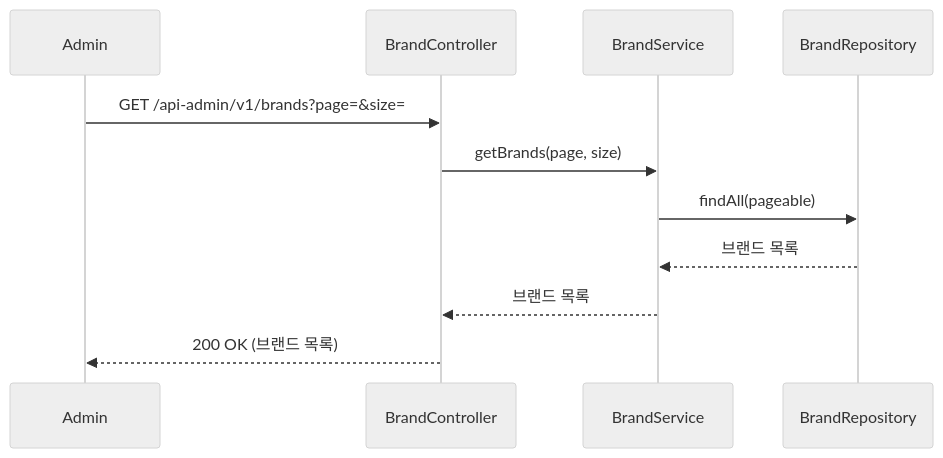
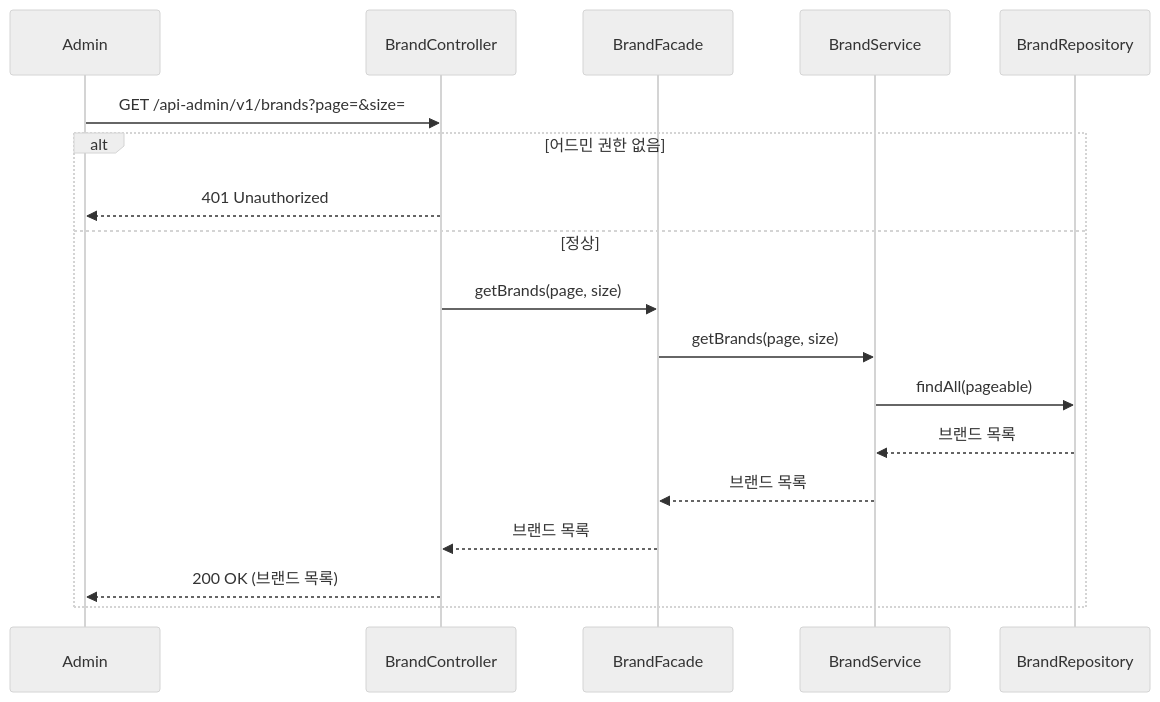
Before and after one commit to loopers-labs/loop-pack-be-l2-vol4-java: the sixth of 33 diagrams in .docs/design/sequence-diagrams.md, drawn with Mermaid (neutral theme). The commit also changed other lines of this file, not shown here.

Commit message:
fix: 시퀀스 다이어그램 파사드 추가

````diff
--- a/.docs/design/sequence-diagrams.md
+++ b/.docs/design/sequence-diagrams.md
@@ -136,14 +136,21 @@
 ```mermaid
 sequenceDiagram
     participant Admin
     participant BrandController
+    participant BrandFacade
     participant BrandService
     participant BrandRepository
 
     Admin->>BrandController: GET /api-admin/v1/brands?page=&size=
-    BrandController->>BrandService: getBrands(page, size)
-    BrandService->>BrandRepository: findAll(pageable)
-    BrandRepository-->>BrandService: 브랜드 목록
-    BrandService-->>BrandController: 브랜드 목록
-    BrandController-->>Admin: 200 OK (브랜드 목록)
+    alt 어드민 권한 없음
+        BrandController-->>Admin: 401 Unauthorized
+    else 정상
+        BrandController->>BrandFacade: getBrands(page, size)
+        BrandFacade->>BrandService: getBrands(page, size)
+        BrandService->>BrandRepository: findAll(pageable)
+        BrandRepository-->>BrandService: 브랜드 목록
+        BrandService-->>BrandFacade: 브랜드 목록
+        BrandFacade-->>BrandController: 브랜드 목록
+        BrandController-->>Admin: 200 OK (브랜드 목록)
+    end
 ```
````
